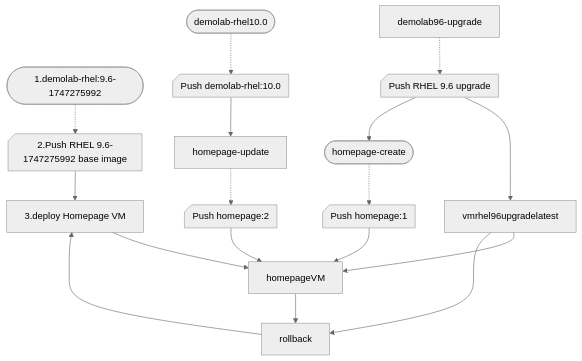
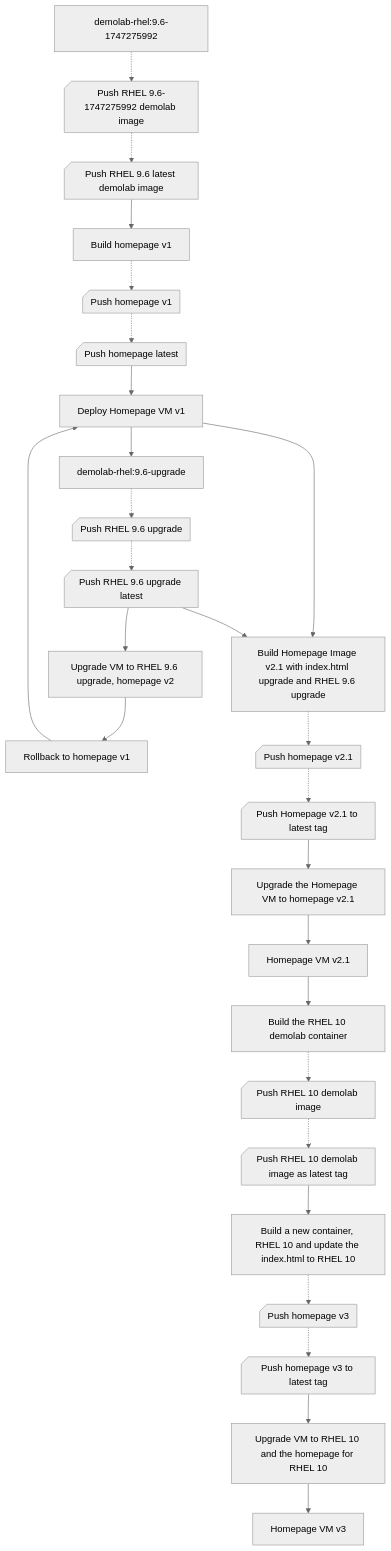
One commit to jvdbreggen/imagemodedemo changed the first of 8 diagrams in README.md. Above: the diagram before and after it, drawn with Mermaid (neutral theme). The commit also changed other lines of this file, not shown here.

Commit message:
Update the workflow description and flow diagram

````diff
--- a/README.md
+++ b/README.md
@@ -8,21 +37,38 @@
 ```mermaid
 graph TD;
-    demolab96([1.demolab-rhel:9.6-1747275992])-.->pushrhel96-1747275992@{ shape: notch-rect, label: "2.Push RHEL 9.6-1747275992 base image" }-->
-    homepagevm1[3.deploy Homepage VM]-->homepageVM;
 
-    demolab96-upgrade-.->pushrhel96-upgrade@{ shape: notch-rect, label: "Push RHEL 9.6 upgrade" };
-    pushrhel96-upgrade-->vmrhel96upgradelatest;
-    vmrhel96upgradelatest-->homepageVM;
-    vmrhel96upgradelatest-->rollback-->homepagevm1;
-    homepageVM-->rollback;
+vm1homepage[Deploy Homepage VM v1];
+vm21homepage[Homepage VM v2.1];
+vm3homepage[Homepage VM v3];
 
-    homepagecreate([homepage-create]);
-    pushrhel96-upgrade-->homepagecreate;
-    homepagecreate-.->pushhomepagecreate@{ shape: notch-rect, label: "Push homepage:1" };
-    pushhomepagecreate-->homepageVM;
+container_rhel96-1747275992[demolab-rhel:9.6-1747275992]-.->push_rhel96-1747275992@{ shape: notch-rect, label: "Push RHEL 9.6-1747275992 demolab image" };
+push_rhel96-1747275992-.->push_rhel96-latest1@{ shape: notch-rect, label: "Push RHEL 9.6 latest demolab image" };
 
-    demolab10([demolab-rhel10.0])-.->pushrhel10@{ shape: notch-rect, label: "Push demolab-rhel:10.0" };
-    homepageupdate[homepage-update]-.->pushhomepageupdate@{ shape: notch-rect, label: "Push homepage:2" }
-    pushrhel10-->homepageupdate;
-    pushhomepageupdate-->homepageVM;
+push_rhel96-latest1-->container_v1_homepage[Build homepage v1];
+container_v1_homepage[Build homepage v1]-.->push_v1_homepage@{ shape: notch-rect, label: "Push homepage v1" };
+
+push_v1_homepage-.->push_homepage-latest1@{ shape: notch-rect, label: "Push homepage latest" };
+push_homepage-latest1-->vm1homepage;
+
+vm1homepage-->container_rhel96-upgrade[demolab-rhel:9.6-upgrade]
+-.->push_rhel96-upgrade@{ shape: notch-rect, label: "Push RHEL 9.6 upgrade" };
+push_rhel96-upgrade-.->rhel96_upgrade-latest@{ shape: notch-rect, label: "Push RHEL 9.6 upgrade latest" };
+rhel96_upgrade-latest-->vm1homepage_rhel_upgrade[Upgrade VM to RHEL 9.6 upgrade, homepage v2]; 
+vm1homepage_rhel_upgrade-->rollback1[Rollback to homepage v1]-->vm1homepage;
+
+vm1homepage-->container_homepage21[Build Homepage Image v2.1 with index.html upgrade and RHEL 9.6 upgrade];
+rhel96_upgrade-latest-->container_homepage21;
+container_homepage21-.->push_v2.1_homepage@{ shape: notch-rect, label: "Push homepage v2.1" };
+push_v2.1_homepage-.->push_v2.1_homepage_latest@{ shape: notch-rect, label: "Push Homepage v2.1 to latest tag" };
+push_v2.1_homepage_latest-->vm21homepage_upgrade[Upgrade the Homepage VM to homepage v2.1];
+vm21homepage_upgrade-->vm21homepage;
+
+vm21homepage-->container_rhel10[Build the RHEL 10 demolab container];
+container_rhel10-.->push_rhel10@{ shape: notch-rect, label: "Push RHEL 10 demolab image" };
+push_rhel10-.->push_rhel10_latest@{ shape: notch-rect, label: "Push RHEL 10 demolab image as latest tag" };
+push_rhel10_latest-->container_homepage3[Build a new container, RHEL 10 and update the index.html to RHEL 10];
+container_homepage3-.->push_v3_homepage@{ shape: notch-rect, label: "Push homepage v3" };
+push_v3_homepage-.->push_v3_homepage_latest@{ shape: notch-rect, label: "Push homepage v3 to latest tag" };
+push_v3_homepage_latest-->vm2homepage_upgrade[Upgrade VM to RHEL 10 and the homepage for RHEL 10];
+vm2homepage_upgrade-->vm3homepage[Homepage VM v3];
 ```
````
